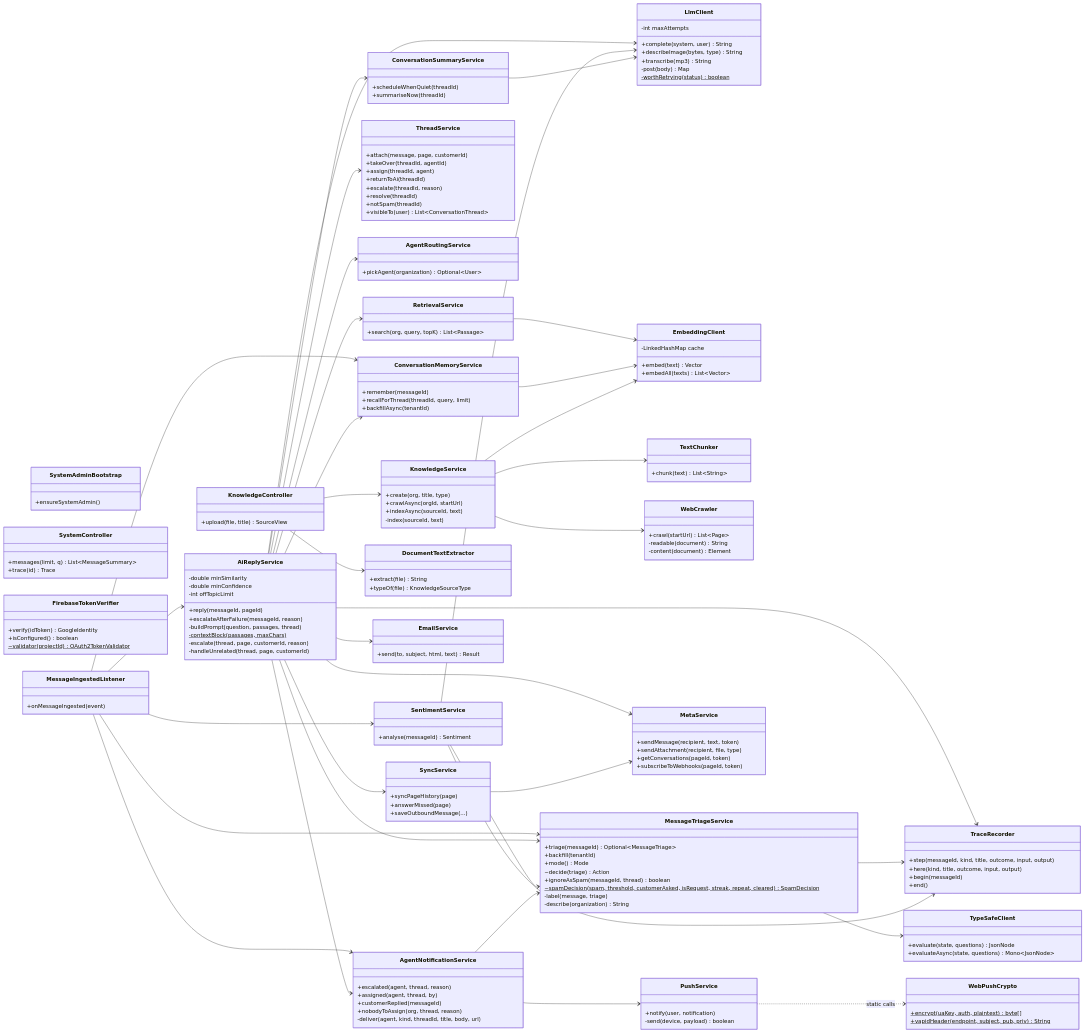
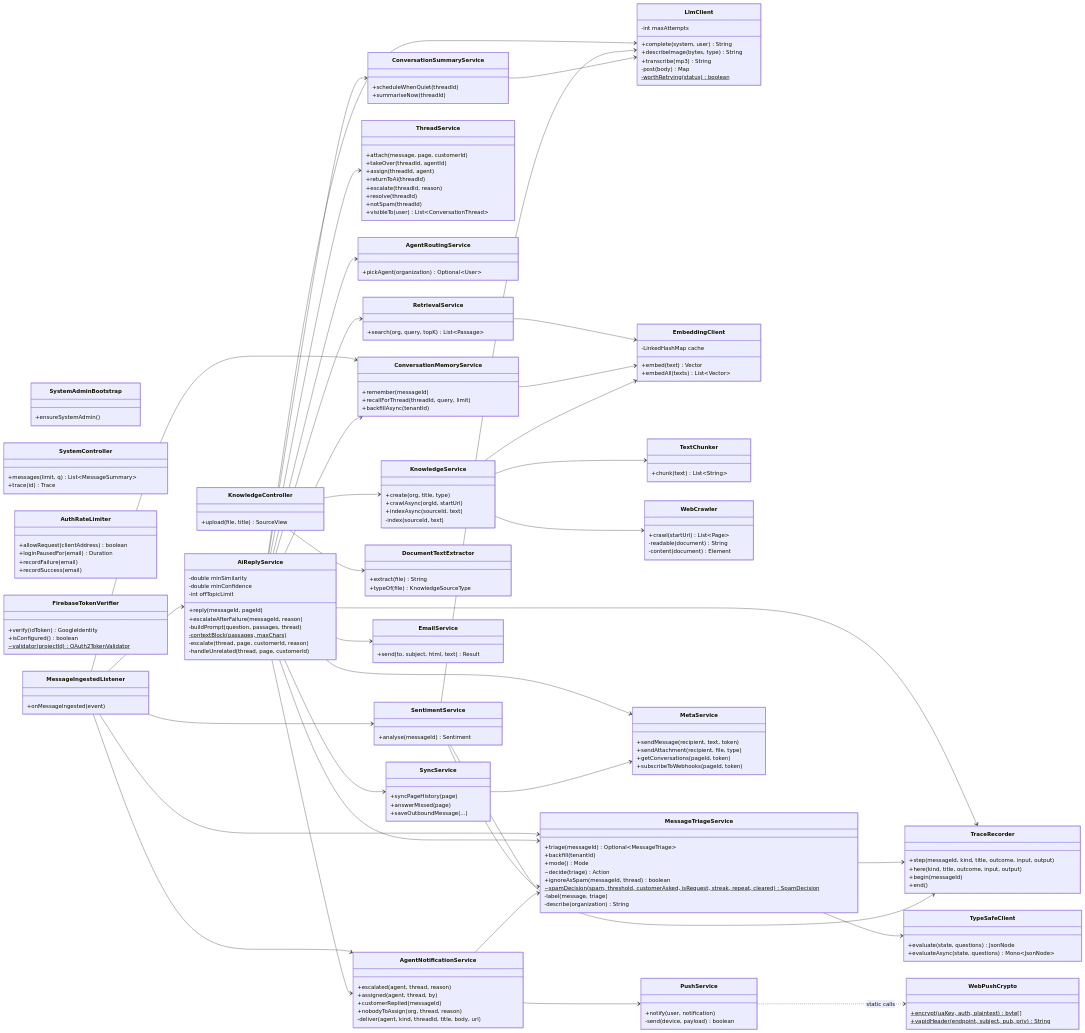
Before and after one commit to SayubShakya/eksamadhan-ai: the second of 2 diagrams in docs/system-design/new-system-design/class-diagram/README.md, drawn with Mermaid. The commit also changed 51 other files, not shown here.

```diff
--- a/docs/system-design/new-system-design/class-diagram/README.md
+++ b/docs/system-design/new-system-design/class-diagram/README.md
@@ -433,6 +433,13 @@
         +trace(id) Trace
     }
 
+    class AuthRateLimiter {
+        +allowRequest(clientAddress) boolean
+        +loginPausedFor(email) Duration
+        +recordFailure(email)
+        +recordSuccess(email)
+    }
+
     class FirebaseTokenVerifier {
         +verify(idToken) GoogleIdentity
         +isConfigured() boolean
```
